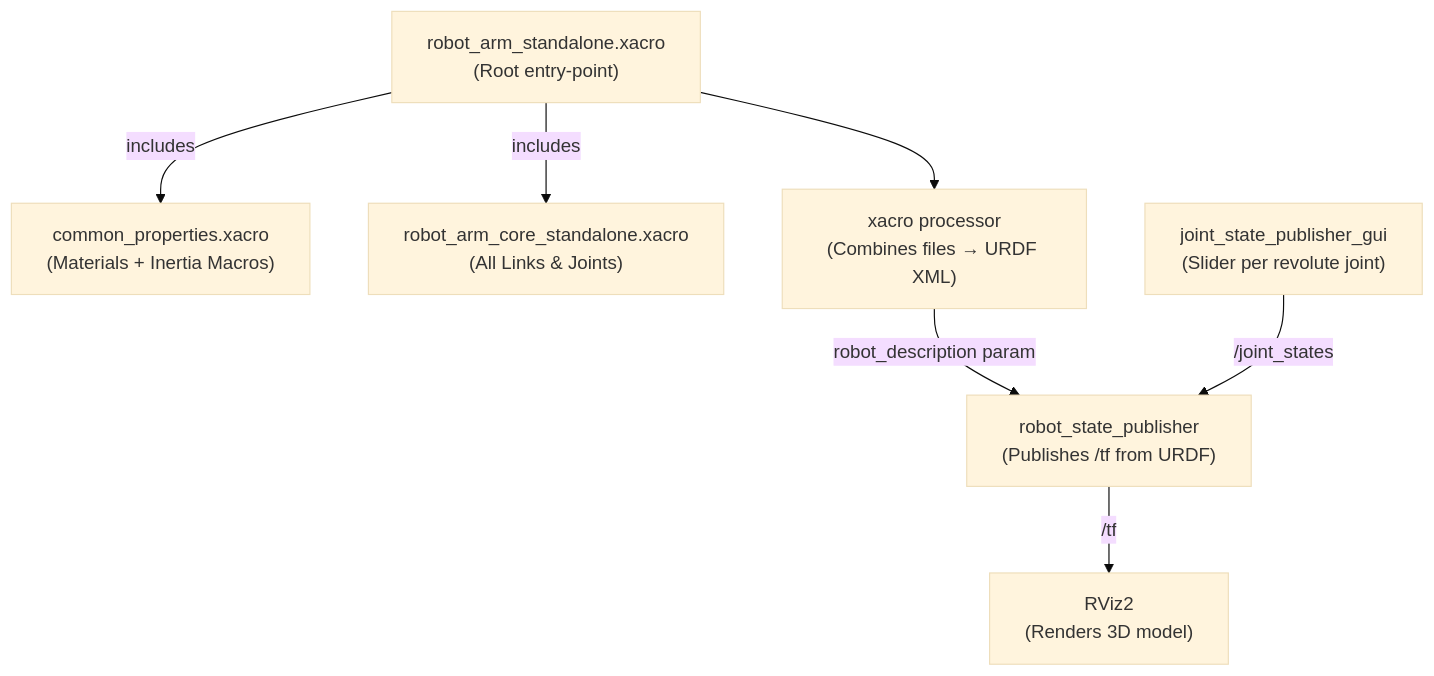
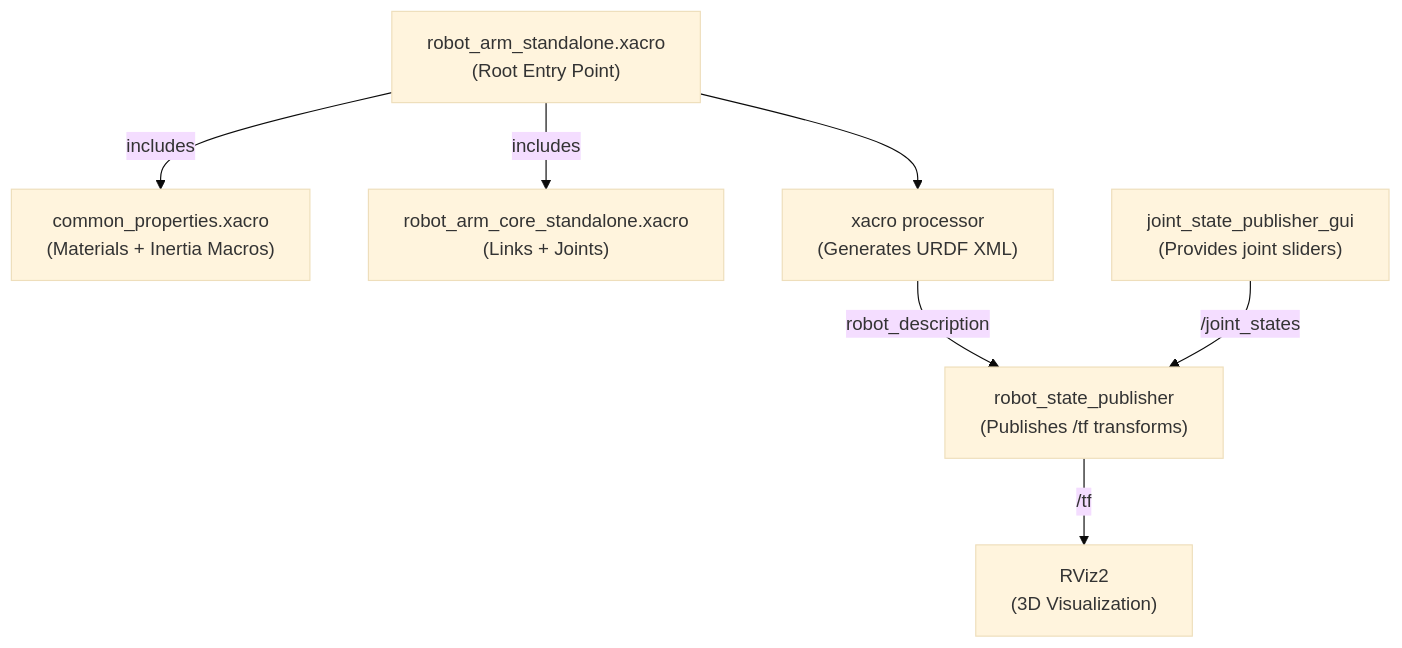
One commit to Kshitij0610/Basics-of-ROS-and--SLAM changed the diagram in Practical_2_Robot_Arm_URDF/README.md. Above: the diagram before and after it, drawn with Mermaid (base theme). The commit also changed other lines of this file and 6 other files, not shown here.

Commit message:
Fix Practical 2: Add package.xml, CMakeLists.txt, display.rviz, portable launch file, and fix xacro XML syntax

````diff
--- a/Practical_2_Robot_Arm_URDF/README.md
+++ b/Practical_2_Robot_Arm_URDF/README.md
@@ -157,17 +130,17 @@
 ```mermaid
 graph TD
-    XR["robot_arm_standalone.xacro\n(Root entry-point)"]
+    XR["robot_arm_standalone.xacro\n(Root Entry Point)"]
     CP["common_properties.xacro\n(Materials + Inertia Macros)"]
-    AC["robot_arm_core_standalone.xacro\n(All Links & Joints)"]
-    XACRO["xacro processor\n(Combines files → URDF XML)"]
-    RSP["robot_state_publisher\n(Publishes /tf from URDF)"]
-    JSP["joint_state_publisher_gui\n(Slider per revolute joint)"]
-    RVIZ["RViz2\n(Renders 3D model)"]
+    AC["robot_arm_core_standalone.xacro\n(Links + Joints)"]
+    XACRO["xacro processor\n(Generates URDF XML)"]
+    RSP["robot_state_publisher\n(Publishes /tf transforms)"]
+    JSP["joint_state_publisher_gui\n(Provides joint sliders)"]
+    RVIZ["RViz2\n(3D Visualization)"]
 
     XR -->|includes| CP
     XR -->|includes| AC
     XR --> XACRO
-    XACRO -->|robot_description param| RSP
+    XACRO -->|robot_description| RSP
+    JSP -->|/joint_states| RSP
     RSP -->|/tf| RVIZ
-    JSP -->|/joint_states| RSP
 ```
````
